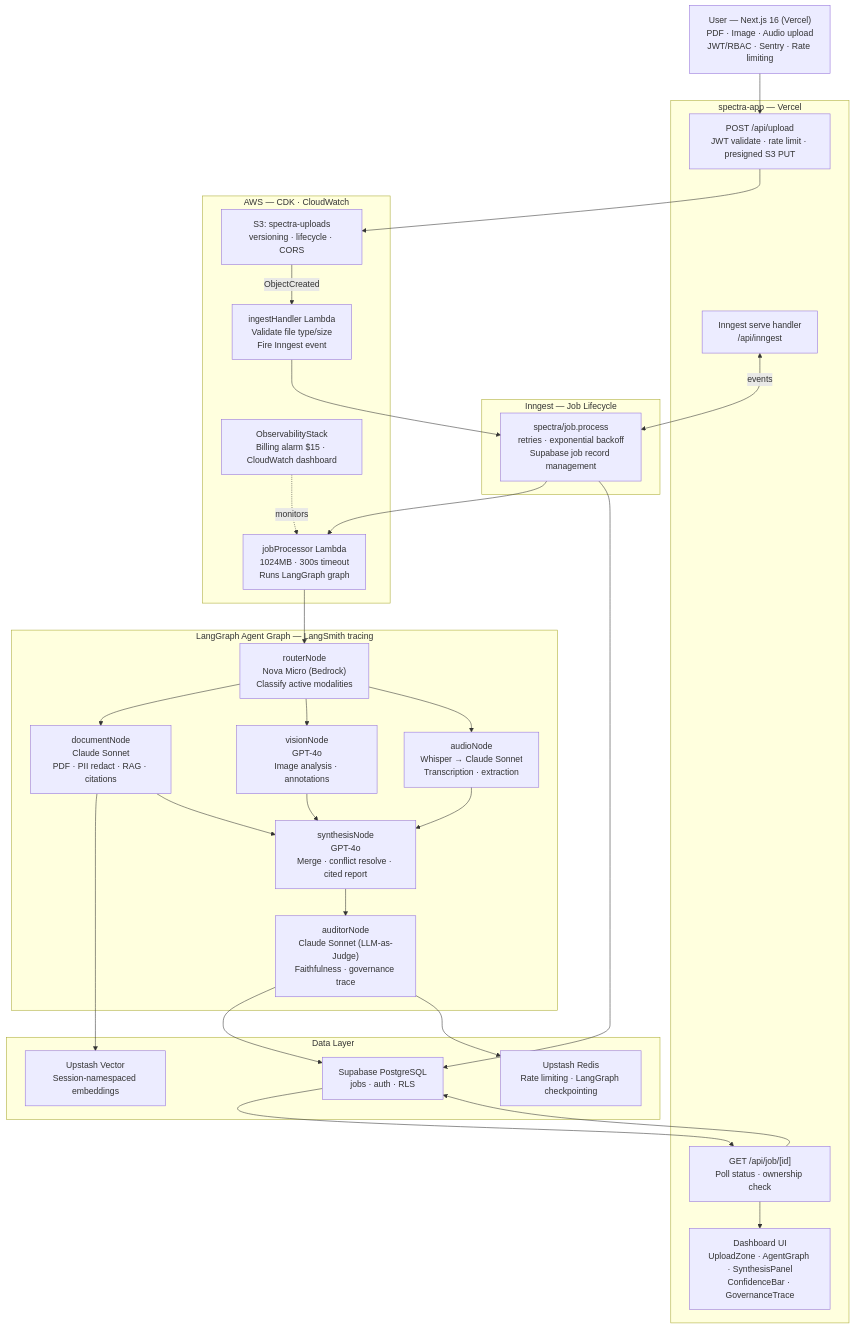
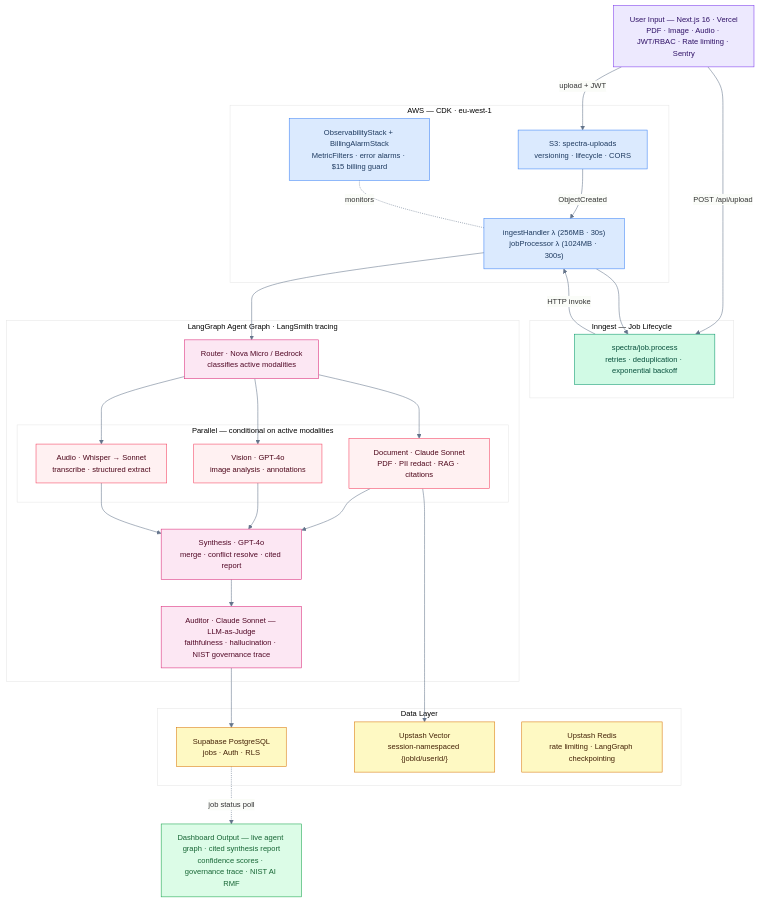
One commit to GeorgianaAI/spectra-ai changed the first of 6 diagrams in docs/ARCHITECTURE_FLOWS.md. Above: the diagram before and after it, drawn with Mermaid. The commit also changed other lines of this file, not shown here.

Commit message:
docs: compact and colorise ARCHITECTURE_FLOWS Mermaid diagrams
Diagram 1 (Main System Architecture):
- Add %%{init}%% with base theme for consistent GitHub rendering
- Add classDef color palette matching reference arch image:
  ui=purple, inngest=teal, aws=blue, agent=rose, para=red, data=amber, out=green
- Reduce node count: 4 subgraphs with 4 nodes each → 3 subgraphs with 2-3
  nodes each (both Lambdas merged, FE routes merged). Prevents GitHub from
  zooming to thumbnail-size due to overloaded canvas.
- Add nested PAR subgraph to show parallel specialist nodes clearly
- Add DASH output node so the flow has a visible end

Diagram 2 (Upload Pipeline sequenceDiagram):
- Reduce participants from 9 to 6: middleware folded into spectra-app,
  LangGraph folded into jobProcessor λ
- Shorten all message labels by ~50%
- Replace LG self-loop with a Note block (cleaner on narrow viewports)
- Add loop block for the poll cycle (more semantically correct)

````diff
--- a/docs/ARCHITECTURE_FLOWS.md
+++ b/docs/ARCHITECTURE_FLOWS.md
@@ -36,60 +36,56 @@
 ```mermaid
+%%{init: {'theme': 'base', 'themeVariables': {'primaryColor': '#f8fafc', 'primaryBorderColor': '#94a3b8', 'lineColor': '#64748b', 'fontSize': '14px'}}}%%
 flowchart TD
-    A["User — Next.js 16 (Vercel)\nPDF · Image · Audio upload\nJWT/RBAC · Sentry · Rate limiting"]
+    classDef ui     fill:#ede9fe,stroke:#7c3aed,color:#2e1065
+    classDef job    fill:#d1fae5,stroke:#059669,color:#064e3b
+    classDef aws    fill:#dbeafe,stroke:#3b82f6,color:#1e3a5f
+    classDef agent  fill:#fce7f3,stroke:#db2777,color:#500724
+    classDef para   fill:#fff1f2,stroke:#f43f5e,color:#4c0519
+    classDef data   fill:#fef9c3,stroke:#d97706,color:#422006
+    classDef out    fill:#dcfce7,stroke:#16a34a,color:#166534
 
-    subgraph FE ["spectra-app — Vercel"]
-        FE1["POST /api/upload\nJWT validate · rate limit · presigned S3 PUT"]
-        FE2["Inngest serve handler\n/api/inngest"]
-        FE3["GET /api/job/[id]\nPoll status · ownership check"]
-        FE4["Dashboard UI\nUploadZone · AgentGraph · SynthesisPanel\nConfidenceBar · GovernanceTrace"]
+    USER["User Input — Next.js 16 · Vercel\nPDF · Image · Audio · JWT/RBAC · Rate limiting · Sentry"]:::ui
+
+    subgraph JOBS ["Inngest — Job Lifecycle"]
+        INN["spectra/job.process\nretries · deduplication · exponential backoff"]:::job
     end
 
-    subgraph INNGEST ["Inngest — Job Lifecycle"]
-        INN1["spectra/job.process\nretries · exponential backoff\nSupabase job record management"]
+    subgraph INFRA ["AWS — CDK · eu-west-1"]
+        S3["S3: spectra-uploads\nversioning · lifecycle · CORS"]:::aws
+        LMB["ingestHandler λ (256MB · 30s)\njobProcessor λ (1024MB · 300s)"]:::aws
+        MON["ObservabilityStack + BillingAlarmStack\nMetricFilters · error alarms · $15 billing guard"]:::aws
     end
 
-    subgraph AWS ["AWS — CDK · CloudWatch"]
-        S3["S3: spectra-uploads\nversioning · lifecycle · CORS"]
-        INGEST["ingestHandler Lambda\nValidate file type/size\nFire Inngest event"]
-        JOBPROC["jobProcessor Lambda\n1024MB · 300s timeout\nRuns LangGraph graph"]
-        OBS["ObservabilityStack\nBilling alarm $15 · CloudWatch dashboard"]
-    end
-
-    subgraph GRAPH ["LangGraph Agent Graph — LangSmith tracing"]
-        ROUTER["routerNode\nNova Micro (Bedrock)\nClassify active modalities"]
-        DOC["documentNode\nClaude Sonnet\nPDF · PII redact · RAG · citations"]
-        VIS["visionNode\nGPT-4o\nImage analysis · annotations"]
-        AUD["audioNode\nWhisper → Claude Sonnet\nTranscription · extraction"]
-        SYN["synthesisNode\nGPT-4o\nMerge · conflict resolve · cited report"]
-        AUDIT["auditorNode\nClaude Sonnet (LLM-as-Judge)\nFaithfulness · governance trace"]
+    subgraph GRAPH ["LangGraph Agent Graph · LangSmith tracing"]
+        ROUTER["Router · Nova Micro / Bedrock\nclassifies active modalities"]:::agent
+        subgraph PAR ["Parallel — conditional on active modalities"]
+            DOC["Document · Claude Sonnet\nPDF · PII redact · RAG · citations"]:::para
+            VIS["Vision · GPT-4o\nimage analysis · annotations"]:::para
+            AUD["Audio · Whisper → Sonnet\ntranscribe · structured extract"]:::para
+        end
+        SYN["Synthesis · GPT-4o\nmerge · conflict resolve · cited report"]:::agent
+        AUDIT["Auditor · Claude Sonnet — LLM-as-Judge\nfaithfulness · hallucination · NIST governance trace"]:::agent
     end
 
     subgraph DATA ["Data Layer"]
-        SUP["Supabase PostgreSQL\njobs · auth · RLS"]
-        VEC["Upstash Vector\nSession-namespaced embeddings"]
-        REDIS["Upstash Redis\nRate limiting · LangGraph checkpointing"]
+        DB["Supabase PostgreSQL\njobs · Auth · RLS"]:::data
+        VEC["Upstash Vector\nsession-namespaced {jobId/userId/}"]:::data
+        RDB["Upstash Redis\nrate limiting · LangGraph checkpointing"]:::data
     end
 
-    A --> FE1
-    FE1 --> S3
-    S3 -->|ObjectCreated| INGEST
-    INGEST --> INN1
-    INN1 --> JOBPROC
-    FE2 <-->|events| INN1
-    FE3 --> SUP
+    DASH["Dashboard Output — live agent graph · cited synthesis report\nconfidence scores · governance trace · NIST AI RMF"]:::out
 
-    JOBPROC --> ROUTER
+    USER -->|"upload + JWT"| S3
+    USER -->|"POST /api/upload"| INN
+    S3 -->|ObjectCreated| LMB
+    LMB --> INN
+    INN -->|"HTTP invoke"| LMB
+    LMB --> ROUTER
     ROUTER --> DOC & VIS & AUD
     DOC --> VEC
-    DOC --> SYN
-    VIS --> SYN
-    AUD --> SYN
+    DOC & VIS & AUD --> SYN
     SYN --> AUDIT
-    AUDIT --> SUP
-
-    INN1 --> SUP
-    AUDIT --> REDIS
-    OBS -.->|monitors| JOBPROC
-    SUP --> FE3
-    FE3 --> FE4
+    AUDIT --> DB
+    MON -.-|monitors| LMB
+    DB -.->|"job status poll"| DASH
 ```
````
